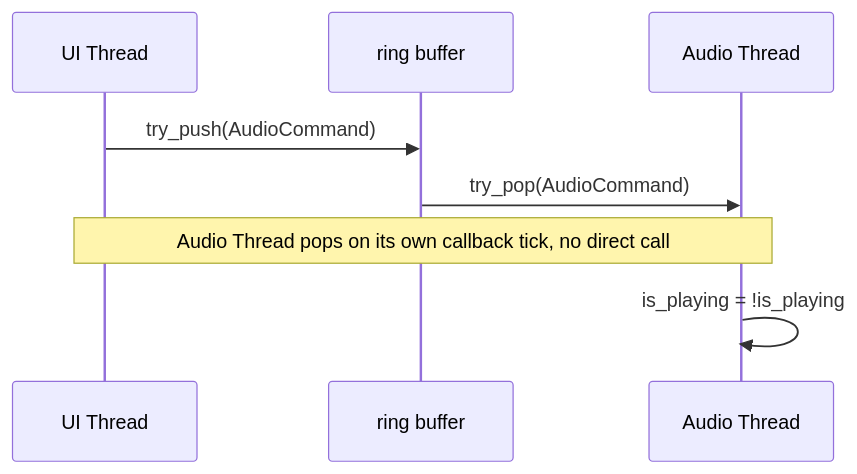
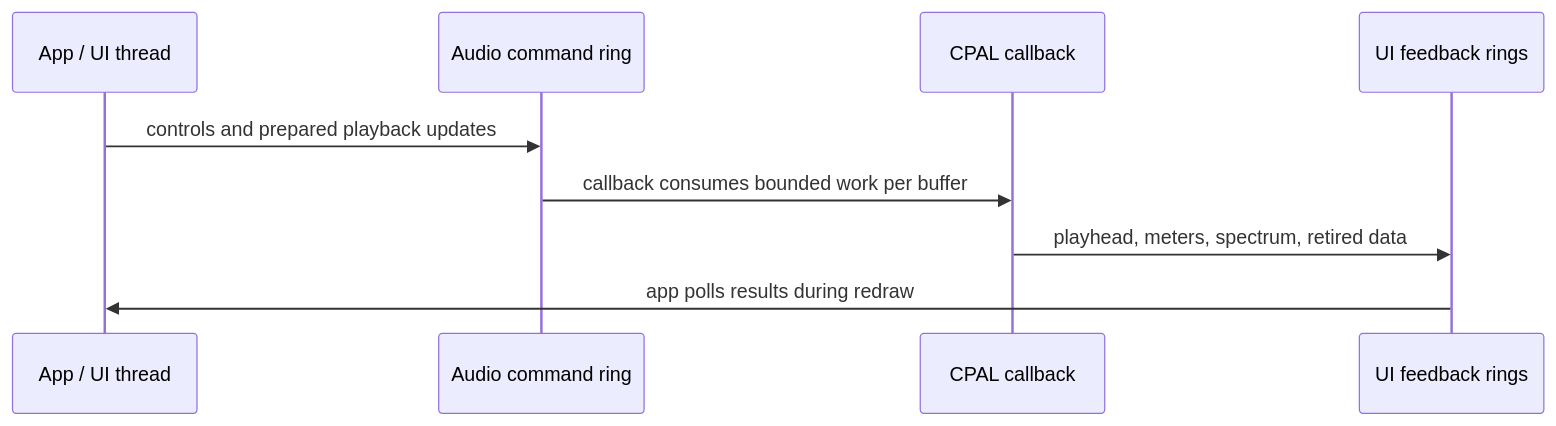
One commit to remysedlak/glacier changed the diagram in docs/src/app/index.md. Above: the diagram before and after it, drawn with Mermaid. The commit also changed other lines of this file and 3 other files, not shown here.

Commit message:
Update app architecture documentation

````diff
--- a/docs/src/app/index.md
+++ b/docs/src/app/index.md
@@ -7,10 +9,11 @@
 ```mermaid
 sequenceDiagram
-    participant U as UI Thread
-    participant RB as ring buffer
-    participant A as Audio Thread
-    U->>RB: try_push(AudioCommand)
-    RB->>A: try_pop(AudioCommand)
-    Note over U,A: Audio Thread pops on its own callback tick, no direct call
-    A->>A: is_playing = !is_playing
+    participant App as App / UI thread
+    participant Commands as Audio command ring
+    participant Audio as CPAL callback
+    participant Feedback as UI feedback rings
+    App->>Commands: controls and prepared playback updates
+    Commands->>Audio: callback consumes bounded work per buffer
+    Audio->>Feedback: playhead, meters, spectrum, retired data
+    Feedback->>App: app polls results during redraw
 ```
````
